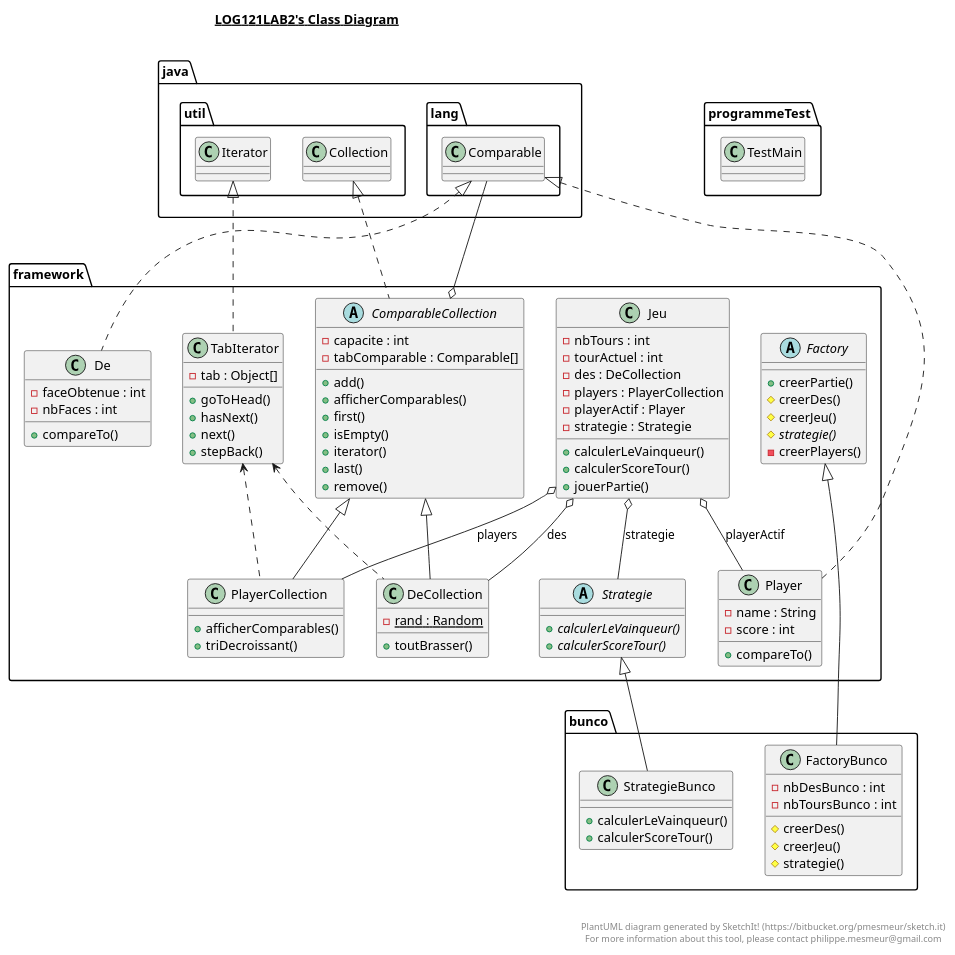
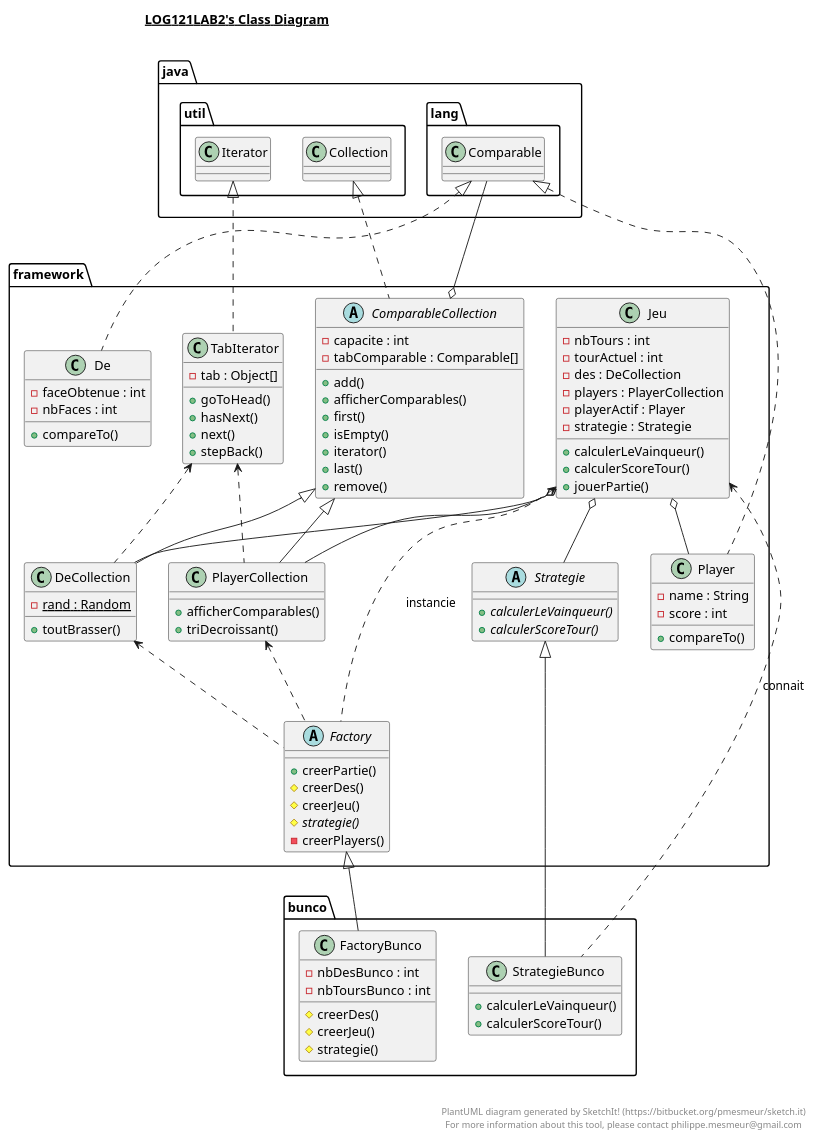
The diagram in LOG121Lab2.plantuml (ThoLavergne/LOG121Lab2), drawn with PlantUML before and after one commit. The commit also changed 30 other files, not shown here.

Commit message:
modifs diagramme et parametre du fichier

```diff
--- a/LOG121Lab2.plantuml
+++ b/LOG121Lab2.plantuml
@@ -1,175 +1,180 @@
 @startuml
 
 title __LOG121LAB2's Class Diagram__\n
 
   namespace bunco {
       class bunco.FactoryBunco {
           - nbDesBunco : int
           - nbToursBunco : int
           # creerDes()
           # creerJeu()
           # strategie()
       }
     }
   
 
   namespace bunco {
     class bunco.StrategieBunco {
             + calculerLeVainqueur()
             + calculerScoreTour()
     }
   }
   
 
   namespace framework {
       abstract class framework.ComparableCollection {
           - capacite : int
           - tabComparable : Comparable[]
           + add()
           + afficherComparables()
           + first()
           + isEmpty()
           + iterator()
           + last()
           + remove()
       }
     }
 
 
     namespace framework {
       class framework.De {
           - faceObtenue : int
           - nbFaces : int
           + compareTo()
       }
     }
 
 
     namespace framework {
       class framework.DeCollection {
           {static} - rand : Random
           + toutBrasser()
       }
     }
 
 
     namespace framework {
       abstract class framework.Factory {
           + creerPartie()
           # creerDes()
           # creerJeu()
           {abstract} # strategie()
           - creerPlayers()
       }
     }
 
 
     namespace framework {
       class framework.Jeu {
           - nbTours : int
           - tourActuel : int
           - des : DeCollection
           - players : PlayerCollection
           - playerActif : Player
           - strategie : Strategie
           + calculerLeVainqueur()
           + calculerScoreTour()
           + jouerPartie()
       }
     }
 
 
     namespace framework {
       class framework.Player {
           - name : String
           - score : int
           + compareTo()
       }
     }
 
 
     namespace framework {
       class framework.PlayerCollection {
           + afficherComparables()
           + triDecroissant()
       }
     }
 
 
     namespace framework {
       abstract class framework.Strategie {
           {abstract} + calculerLeVainqueur()
           {abstract} + calculerScoreTour()
       }
     }
 
 
     namespace framework {
       class framework.TabIterator {
           - tab : Object[]
           + goToHead()
           + hasNext()
           + next()
           + stepBack()
       }
     }
   
 
   namespace programmeTest {
     class programmeTest.TestMain {
     }
   }
   
 
   namespace tests {
     class tests.DeTest {
     }
   }
   
 
   namespace tests {
     class tests.JeuTest {
     }
   }
   
 
   namespace tests {
     class tests.PlayerTest {
     }
   }
   
 
   namespace tests {
     class tests.StrategieBuncoTest {
     }
   }
   
 
   bunco.FactoryBunco -up-|> framework.Factory
   bunco.StrategieBunco -up-|> framework.Strategie
   framework.ComparableCollection .up.|> java.util.Collection
   framework.De .up.|> java.lang.Comparable
   framework.DeCollection -up-|> framework.ComparableCollection
-  framework.Jeu o-- framework.DeCollection : des
-  framework.Jeu o-- framework.Player : playerActif
-  framework.Jeu o-- framework.PlayerCollection : players
-  framework.Jeu o-- framework.Strategie : strategie
+  framework.Jeu o-- framework.DeCollection
+  framework.Jeu o-- framework.Player
+  framework.Jeu o-- framework.PlayerCollection
+  framework.Jeu o-- framework.Strategie
   framework.Player .up.|> java.lang.Comparable
   framework.PlayerCollection -up-|> framework.ComparableCollection
   framework.TabIterator .up.|> java.util.Iterator
   tests.DeTest o-- framework.De : de1
   tests.DeTest o-- framework.De : de2
   framework.DeCollection .up.> framework.TabIterator
   framework.PlayerCollection .up.> framework.TabIterator
   framework.ComparableCollection o-- java.lang.Comparable
+  bunco.StrategieBunco .up.> framework.Jeu : connait
+  framework.Factory .up.> framework.Jeu : instancie
+  framework.Factory .up.> framework.DeCollection
+  framework.Factory .up.> framework.PlayerCollection
 
 hide tests
+hide programmeTest
 
 right footer
 
 
 PlantUML diagram generated by SketchIt! (https://bitbucket.org/pmesmeur/sketch.it)
 For more information about this tool, please contact philippe.mesmeur@gmail.com
 endfooter
 
 @enduml
```
